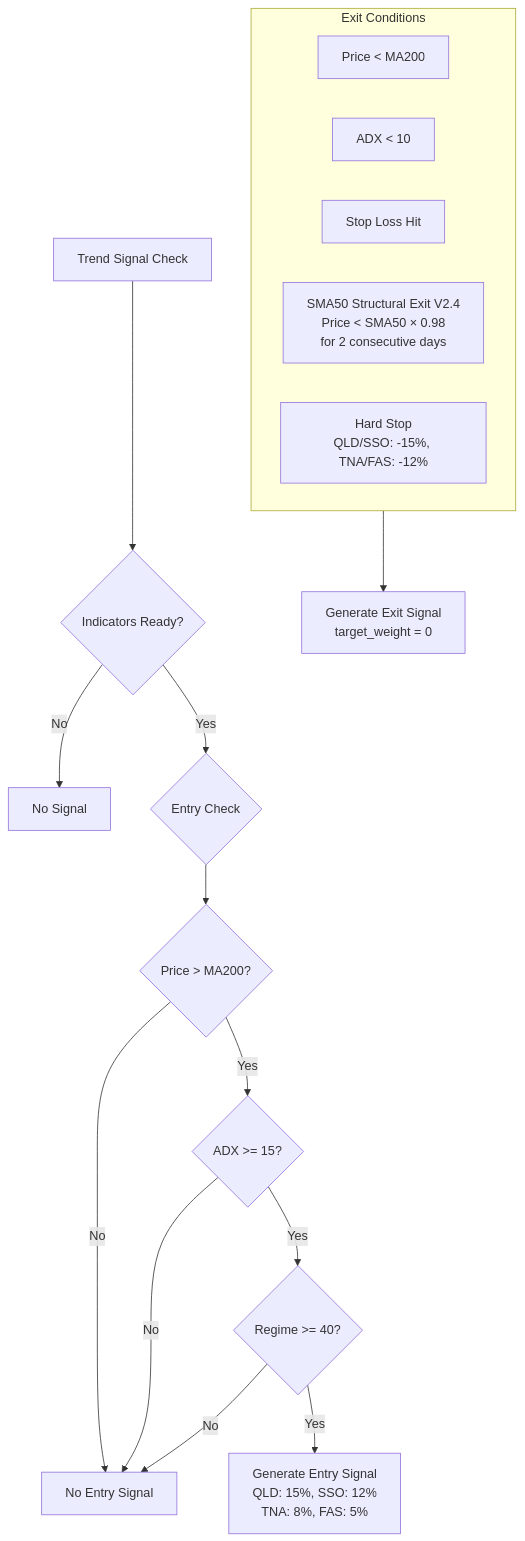
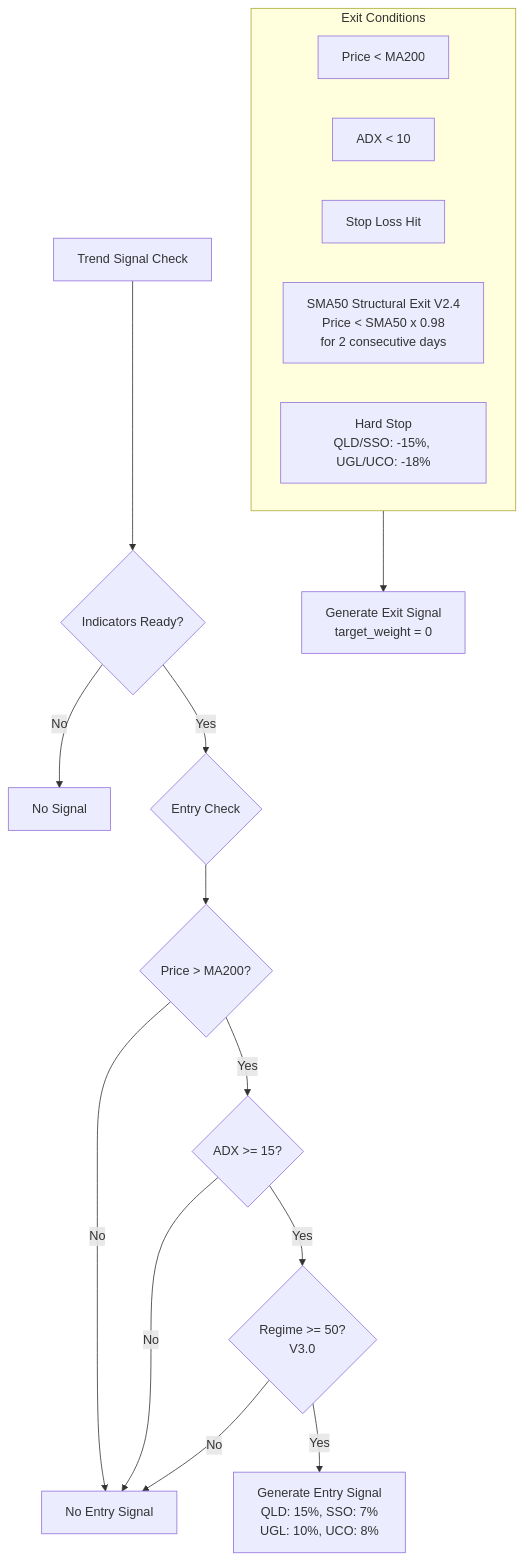
One commit to vickdavinci/alpha-nextgen-v2-private changed the seventh of 13 diagrams in docs/system/ENGINE_LOGIC_REFERENCE.md. Above: the diagram before and after it, drawn with Mermaid. The commit also changed other lines of this file and 17 other files, not shown here.

````diff
--- a/docs/system/ENGINE_LOGIC_REFERENCE.md
+++ b/docs/system/ENGINE_LOGIC_REFERENCE.md
@@ -413,27 +412,27 @@
 ```mermaid
 flowchart TD
     START[Trend Signal Check] --> IND{Indicators Ready?}
 
     IND -->|No| NONE[No Signal]
     IND -->|Yes| ENTRY{Entry Check}
 
     ENTRY --> MA{Price > MA200?}
     MA -->|No| NO_ENTRY[No Entry Signal]
     MA -->|Yes| ADX{ADX >= 15?}
 
     ADX -->|No| NO_ENTRY
-    ADX -->|Yes| REGIME{Regime >= 40?}
+    ADX -->|Yes| REGIME{Regime >= 50?<br/>V3.0}
 
     REGIME -->|No| NO_ENTRY
-    REGIME -->|Yes| ALLOC[Generate Entry Signal<br/>QLD: 15%, SSO: 12%<br/>TNA: 8%, FAS: 5%]
+    REGIME -->|Yes| ALLOC[Generate Entry Signal<br/>QLD: 15%, SSO: 7%<br/>UGL: 10%, UCO: 8%]
 
     subgraph EXIT[Exit Conditions]
         EX1[Price < MA200]
         EX2[ADX < 10]
         EX3[Stop Loss Hit]
-        EX4[SMA50 Structural Exit V2.4<br/>Price < SMA50 × 0.98<br/>for 2 consecutive days]
-        EX5[Hard Stop<br/>QLD/SSO: -15%, TNA/FAS: -12%]
+        EX4[SMA50 Structural Exit V2.4<br/>Price < SMA50 x 0.98<br/>for 2 consecutive days]
+        EX5[Hard Stop<br/>QLD/SSO: -15%, UGL/UCO: -18%]
     end
 
     EXIT --> EXIT_SIG[Generate Exit Signal<br/>target_weight = 0]
 ```
````
